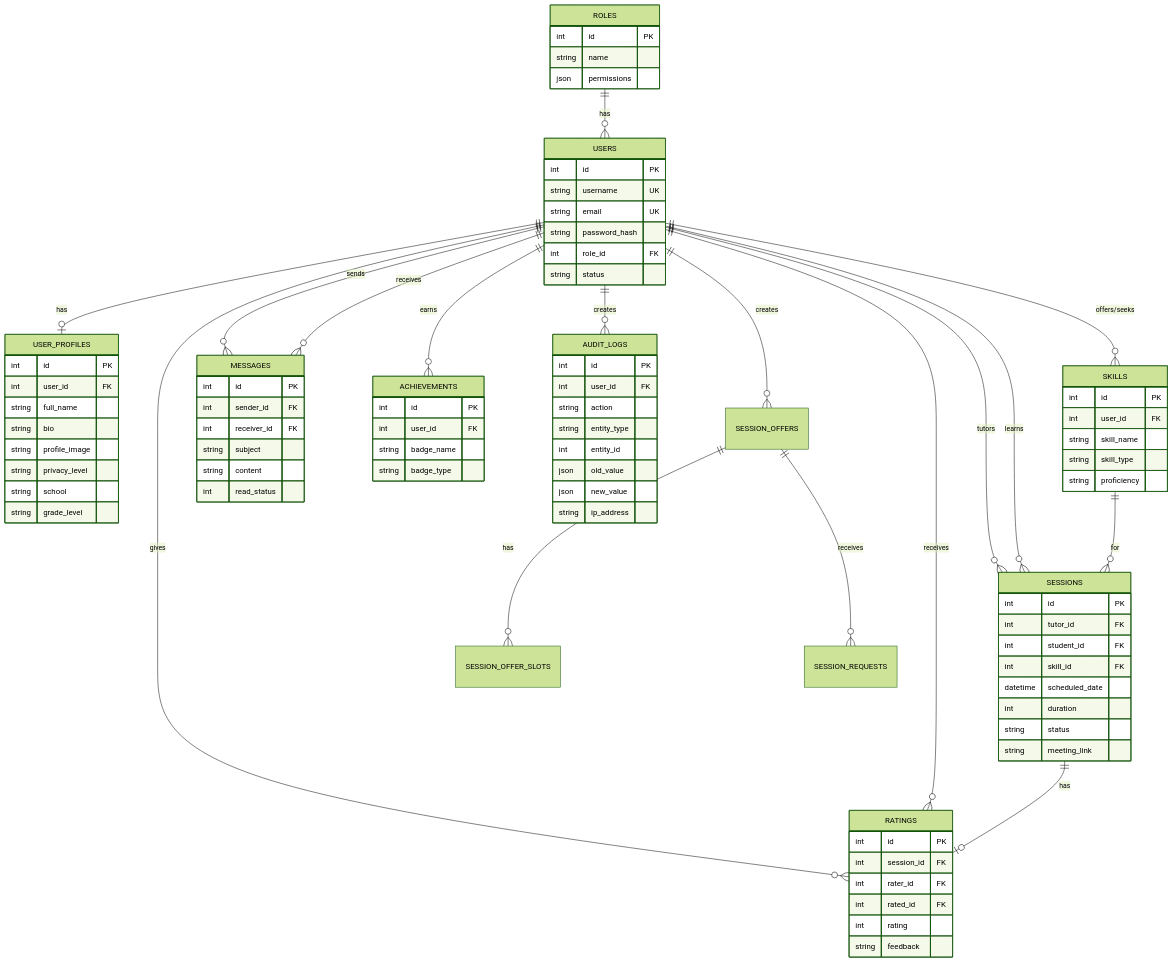
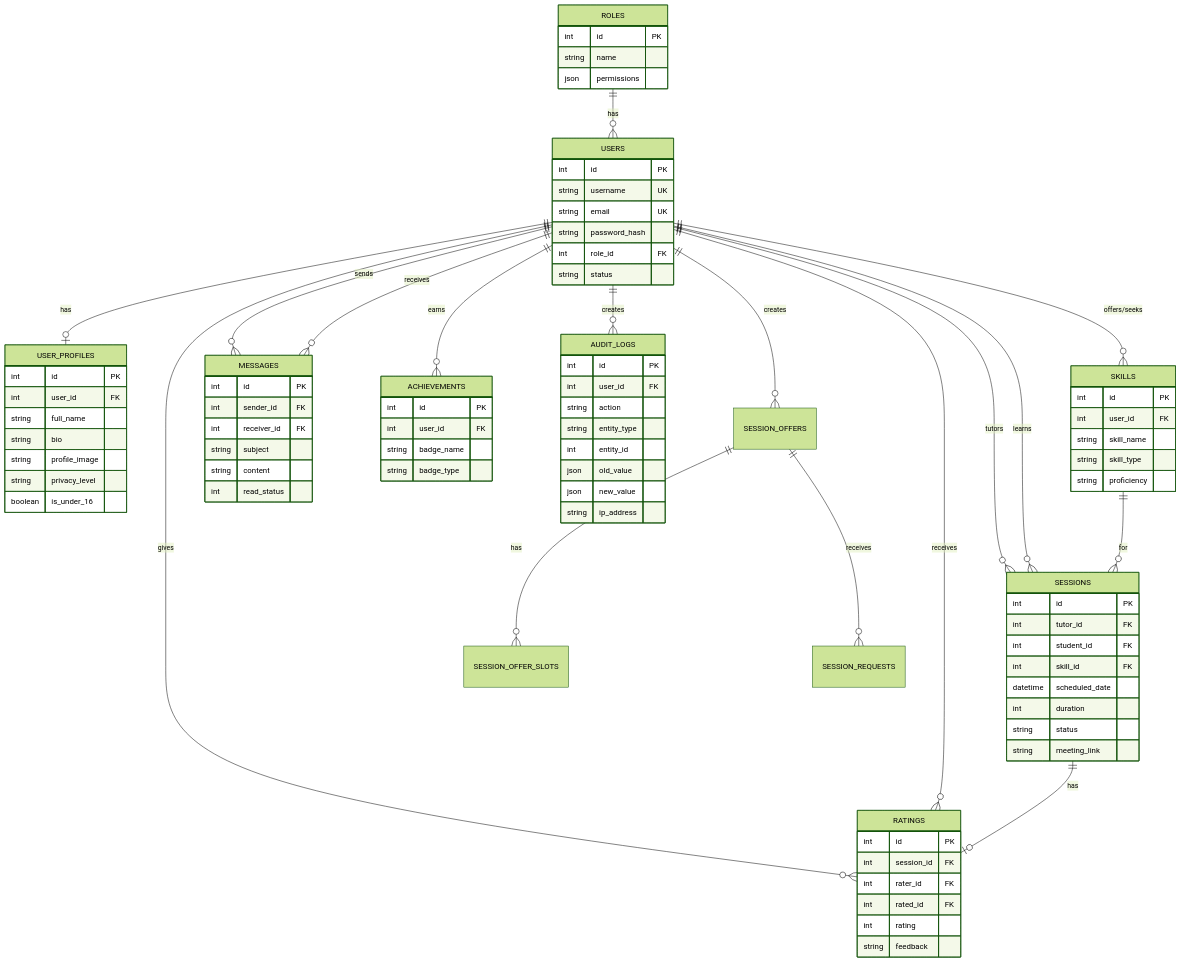
Before and after one commit to Rishikpamuru/Swap: the second of 4 diagrams in docs/System_Architecture.md, drawn with Mermaid (forest theme). The commit also changed 10 other files, not shown here.

First line of the commit message:
Update docs for schema + new features

```diff
--- a/docs/System_Architecture.md
+++ b/docs/System_Architecture.md
@@ -104,8 +104,7 @@
         string bio
         string profile_image
         string privacy_level
-        string school
-        string grade_level
+        boolean is_under_16
     }
     
     SKILLS {
```
